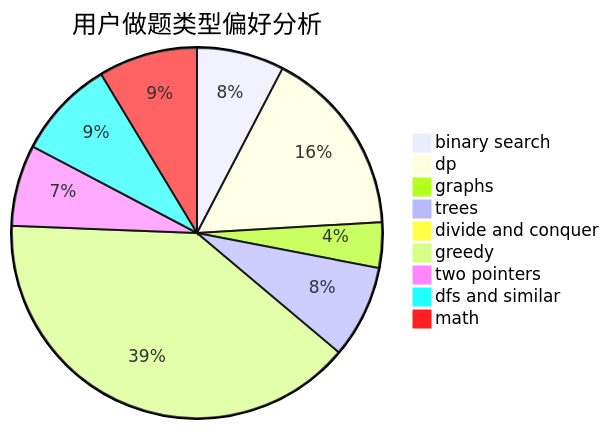
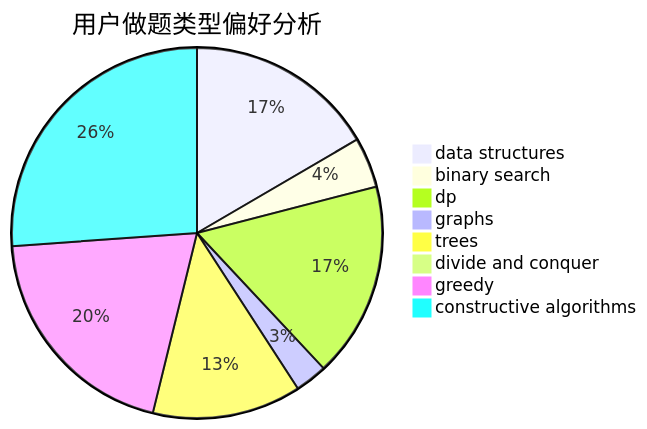
The second of 3 diagrams in docs/user/u909.md (sherpahu/cfrs.github.io), drawn with Mermaid before and after one commit. The commit also changed other lines of this file and 2775 other files, not shown here.

````diff
--- a/docs/user/u909.md
+++ b/docs/user/u909.md
@@ -23,12 +23,11 @@
 ```mermaid
 pie title 用户做题类型偏好分析
-    "binary search" :  98
-    "dp" :  211
-    "graphs" :  51
-    "trees" :  104
+    "data structures" :  106
+    "binary search" :  28
+    "dp" :  109
+    "graphs" :  18
+    "trees" :  83
     "divide and conquer" :  0
-    "greedy" :  507
-    "two pointers" :  91
-    "dfs and similar" :  111
-    "math" :  111
+    "greedy" :  128
+    "constructive algorithms" :  167
 ```
````
